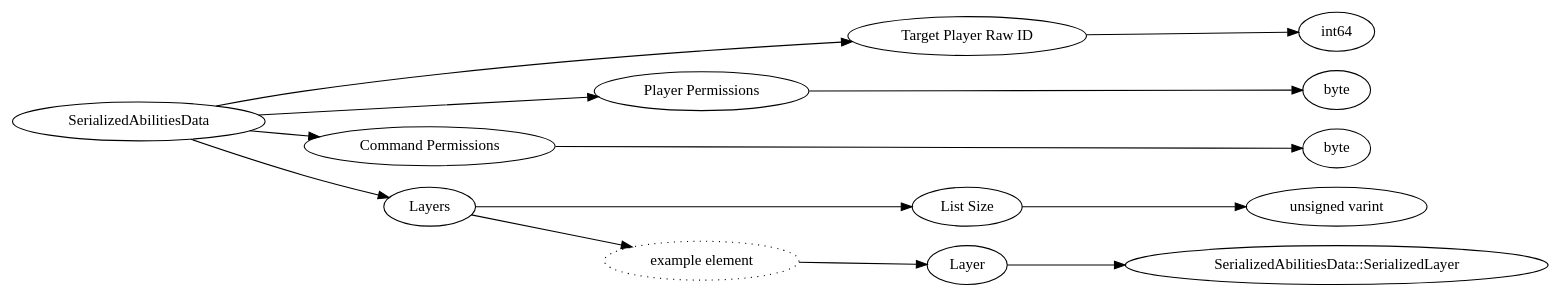
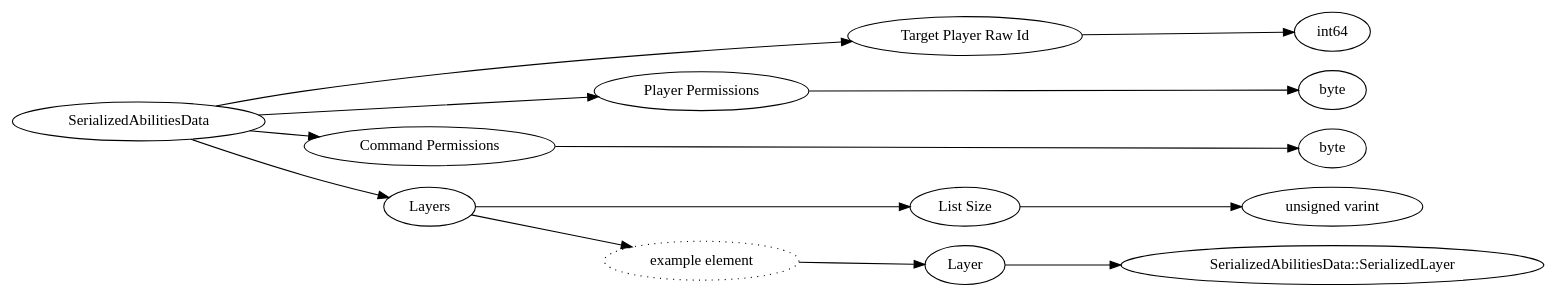
The diagram in dot/SerializedAbilitiesData.dot (Mojang/bedrock-protocol-docs), drawn with Graphviz before and after one commit. The commit also changed 485 other files, not shown here.

```diff
--- a/dot/SerializedAbilitiesData.dot
+++ b/dot/SerializedAbilitiesData.dot
@@ -1,32 +1,32 @@
 digraph "SerializedAbilitiesData" {
 rankdir = LR
-77
-77 -> 78
-78 -> 79
-77 -> 80
+80
 80 -> 81
-77 -> 82
-82 -> 83
-77 -> 84
-84 -> 85
+81 -> 82
+80 -> 83
+83 -> 84
+80 -> 85
 85 -> 86
-84 -> 87
+80 -> 87
 87 -> 88
-88 -> 100
+88 -> 89
+87 -> 90
+90 -> 91
+91 -> 105
 
-77 [label="SerializedAbilitiesData",comment="name: \"SerializedAbilitiesData\", typeName: \"\", id: 77, branchId: 0, recurseId: -1, attributes: 0, notes: \"\""];
-78 [label="Target Player Raw ID",comment="name: \"Target Player Raw ID\", typeName: \"\", id: 78, branchId: 0, recurseId: -1, attributes: 0, notes: \"\""];
-79 [label="int64",comment="name: \"int64\", typeName: \"\", id: 79, branchId: 0, recurseId: -1, attributes: 512, notes: \"\""];
-80 [label="Player Permissions",comment="name: \"Player Permissions\", typeName: \"\", id: 80, branchId: 0, recurseId: -1, attributes: 0, notes: \"\""];
-81 [label="byte",comment="name: \"byte\", typeName: \"\", id: 81, branchId: 0, recurseId: -1, attributes: 512, notes: \"\""];
-82 [label="Command Permissions",comment="name: \"Command Permissions\", typeName: \"\", id: 82, branchId: 0, recurseId: -1, attributes: 0, notes: \"\""];
-83 [label="byte",comment="name: \"byte\", typeName: \"\", id: 83, branchId: 0, recurseId: -1, attributes: 512, notes: \"\""];
-84 [label="Layers",comment="name: \"Layers\", typeName: \"\", id: 84, branchId: 0, recurseId: -1, attributes: 8, notes: \"\""];
-85 [label="List Size",comment="name: \"List Size\", typeName: \"\", id: 85, branchId: 0, recurseId: -1, attributes: 0, notes: \"\""];
-86 [label="unsigned varint",comment="name: \"unsigned varint\", typeName: \"\", id: 86, branchId: 0, recurseId: -1, attributes: 512, notes: \"\""];
-87 [label="example element",style=dotted,comment="name: \"example element\", typeName: \"\", id: 87, branchId: 0, recurseId: -1, attributes: 16, notes: \"\""];
-88 [label="Layer",comment="name: \"Layer\", typeName: \"SerializedAbilitiesData::SerializedLayer\", id: 88, branchId: 0, recurseId: -1, attributes: 256, notes: \"\""];
-100 [label="SerializedAbilitiesData::SerializedLayer",comment="name: \"SerializedAbilitiesData::SerializedLayer\", typeName: \"\", id: 100, branchId: 0, recurseId: -1, attributes: 512, notes: \"\""];
-{ rank = max;79;81;83;86;100}
+80 [label="SerializedAbilitiesData",comment="name: \"SerializedAbilitiesData\", typeName: \"\", id: 80, branchId: 0, recurseId: -1, attributes: 0, notes: \"\""];
+81 [label="Target Player Raw Id",comment="name: \"Target Player Raw Id\", typeName: \"\", id: 81, branchId: 0, recurseId: -1, attributes: 0, notes: \"\""];
+82 [label="int64",comment="name: \"int64\", typeName: \"\", id: 82, branchId: 0, recurseId: -1, attributes: 512, notes: \"\""];
+83 [label="Player Permissions",comment="name: \"Player Permissions\", typeName: \"\", id: 83, branchId: 0, recurseId: -1, attributes: 0, notes: \"\""];
+84 [label="byte",comment="name: \"byte\", typeName: \"\", id: 84, branchId: 0, recurseId: -1, attributes: 512, notes: \"\""];
+85 [label="Command Permissions",comment="name: \"Command Permissions\", typeName: \"\", id: 85, branchId: 0, recurseId: -1, attributes: 0, notes: \"\""];
+86 [label="byte",comment="name: \"byte\", typeName: \"\", id: 86, branchId: 0, recurseId: -1, attributes: 512, notes: \"\""];
+87 [label="Layers",comment="name: \"Layers\", typeName: \"\", id: 87, branchId: 0, recurseId: -1, attributes: 8, notes: \"\""];
+88 [label="List Size",comment="name: \"List Size\", typeName: \"\", id: 88, branchId: 0, recurseId: -1, attributes: 0, notes: \"\""];
+89 [label="unsigned varint",comment="name: \"unsigned varint\", typeName: \"\", id: 89, branchId: 0, recurseId: -1, attributes: 512, notes: \"\""];
+90 [label="example element",style=dotted,comment="name: \"example element\", typeName: \"\", id: 90, branchId: 0, recurseId: -1, attributes: 16, notes: \"\""];
+91 [label="Layer",comment="name: \"Layer\", typeName: \"SerializedAbilitiesData::SerializedLayer\", id: 91, branchId: 0, recurseId: -1, attributes: 256, notes: \"\""];
+105 [label="SerializedAbilitiesData::SerializedLayer",comment="name: \"SerializedAbilitiesData::SerializedLayer\", typeName: \"\", id: 105, branchId: 0, recurseId: -1, attributes: 512, notes: \"\""];
+{ rank = max;82;84;86;89;105}
 
 }
```
